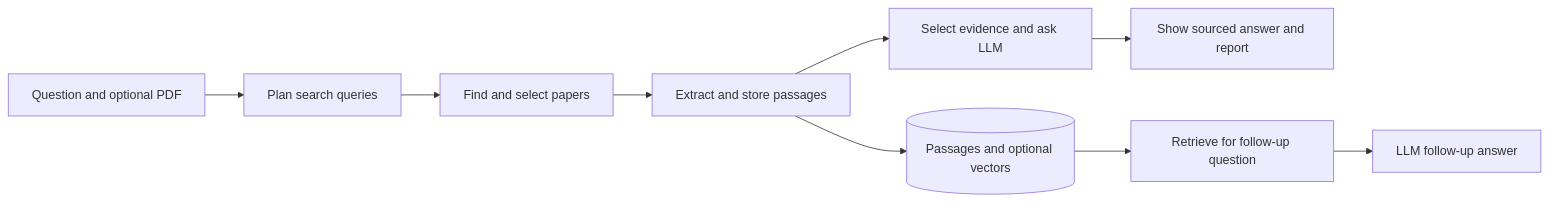
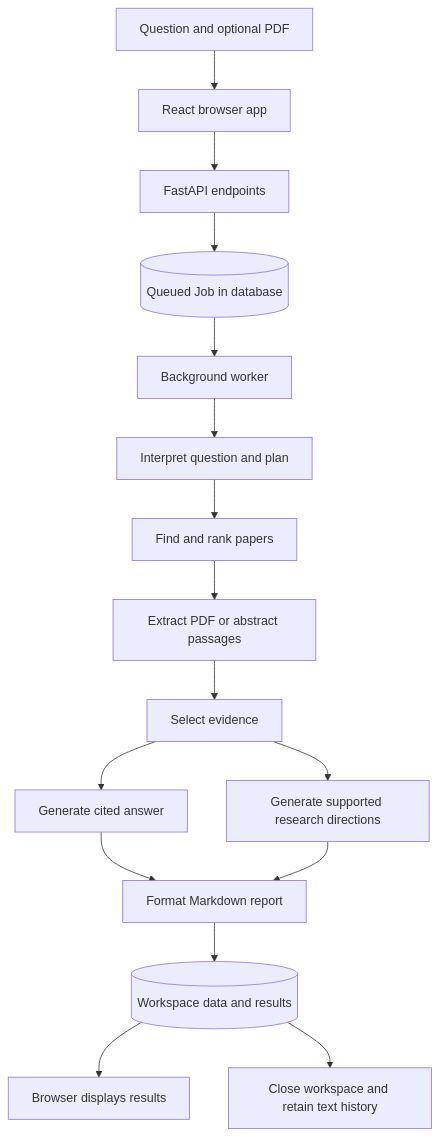
Before and after one commit to Nikunjsaini07/ResearchOS: the first of 2 diagrams in docs/researchos-rag-explained.md, drawn with Mermaid. The commit also changed other lines of this file and 1 other file, not shown here.

Commit message:
docs: explain the complete research flow and speed build plan

````diff
--- a/docs/researchos-rag-explained.md
+++ b/docs/researchos-rag-explained.md
@@ -20,11 +29,18 @@
 ```mermaid
-flowchart LR
-    Q[Question and optional PDF] --> P[Plan search queries]
-    P --> D[Find and select papers]
-    D --> I[Extract and store passages]
-    I --> A[Select evidence and ask LLM]
-    A --> R[Show sourced answer and report]
-    I --> DB[(Passages and optional vectors)]
-    DB --> F[Retrieve for follow-up question]
-    F --> L[LLM follow-up answer]
+flowchart TD
+    Q[Question and optional PDF] --> UI[React browser app]
+    UI --> API[FastAPI endpoints]
+    API --> Queue[(Queued Job in database)]
+    Queue --> Worker[Background worker]
+    Worker --> Plan[Interpret question and plan]
+    Plan --> Search[Find and rank papers]
+    Search --> Read[Extract PDF or abstract passages]
+    Read --> Evidence[Select evidence]
+    Evidence --> Answer[Generate cited answer]
+    Evidence --> Gaps[Generate supported research directions]
+    Answer --> Report[Format Markdown report]
+    Gaps --> Report
+    Report --> DB[(Workspace data and results)]
+    DB --> Display[Browser displays results]
+    DB --> Archive[Close workspace and retain text history]
 ```
````
